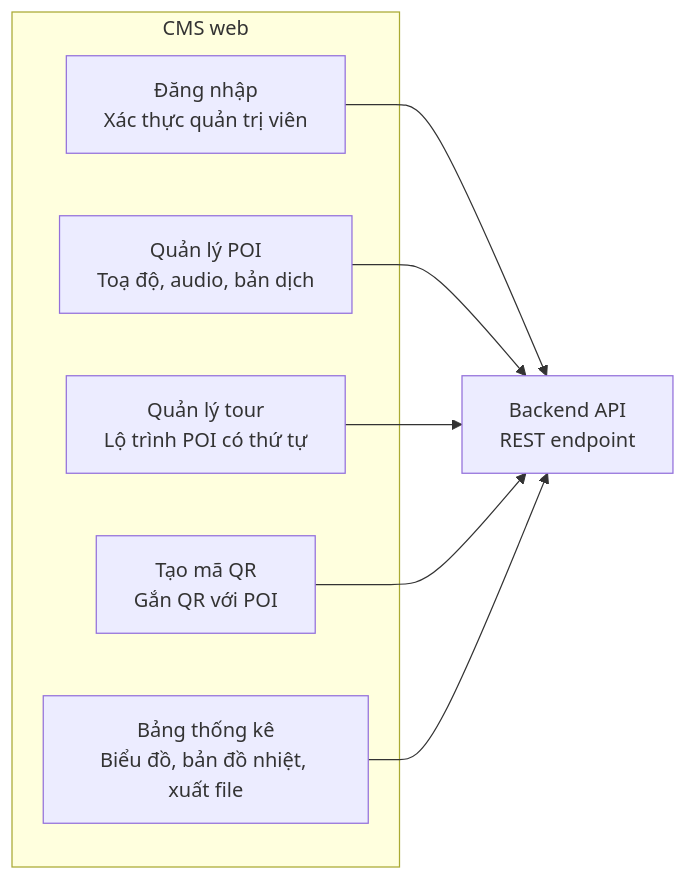
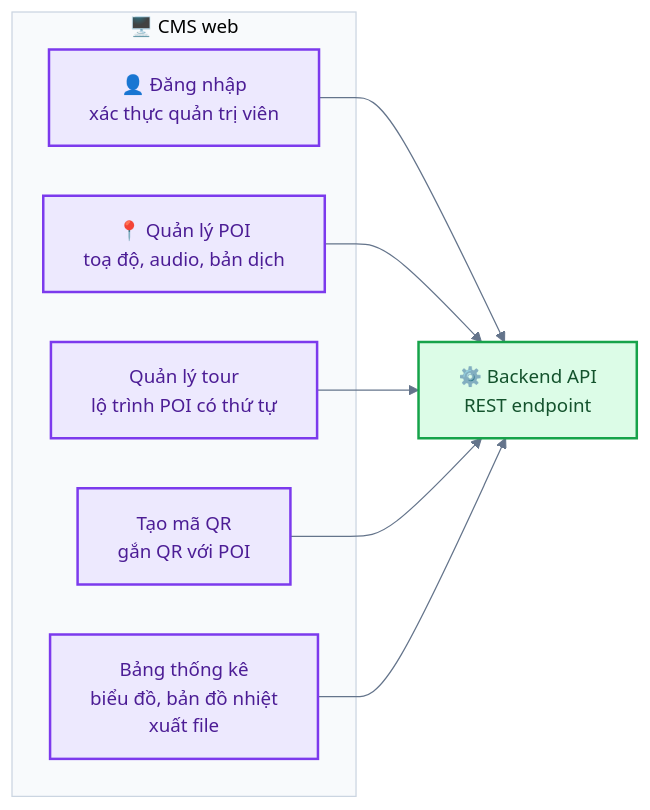
One commit to AiraLeFatale/CongNghePhanMem_Project changed the seventh of 9 diagrams in README.md. Above: the diagram before and after it, drawn with Mermaid. The commit also changed other lines of this file and 181 other files, not shown here.

````diff
--- a/README.md
+++ b/README.md
@@ -118,17 +198,21 @@
 ```mermaid
+%%{init: {"theme":"base","fontFamily":"Helvetica Neue, Arial, sans-serif","themeVariables":{"fontFamily":"Helvetica Neue, Arial, sans-serif","fontSize":"15px","primaryColor":"#EFF6FF","primaryBorderColor":"#3B82F6","primaryTextColor":"#0F172A","lineColor":"#64748B","secondaryColor":"#F0FDF4","tertiaryColor":"#FFFFFF","clusterBkg":"#F8FAFC","clusterBorder":"#CBD5E1","edgeLabelBackground":"#FFFFFF","noteBkgColor":"#FEF9C3","noteBorderColor":"#EAB308","actorBkg":"#DBEAFE","actorBorder":"#2563EB","actorTextColor":"#1E3A8A","signalColor":"#475569","signalTextColor":"#0F172A","labelBoxBkgColor":"#F1F5F9","labelBoxBorderColor":"#94A3B8","activationBkgColor":"#E0F2FE","activationBorderColor":"#0284C7","sequenceNumberColor":"#FFFFFF","pie1":"#16A34A","pie2":"#F59E0B","pie3":"#94A3B8","pie4":"#DC2626","pie5":"#2563EB","pie6":"#7C3AED","pieStrokeColor":"#FFFFFF","pieSectionTextColor":"#FFFFFF","quadrant1Fill":"#FEE2E2","quadrant2Fill":"#FEF3C7","quadrant3Fill":"#DCFCE7","quadrant4Fill":"#FEF3C7","quadrantPointFill":"#1E3A8A","quadrantPointTextFill":"#0F172A","git0":"#1E3A8A","gitBranchLabel0":"#FFFFFF","cScale0":"#DBEAFE","cScale1":"#DCFCE7","cScale2":"#EDE9FE","cScale3":"#FEF3C7","cScale4":"#FFE4E6","cScale5":"#E0F2FE","cScale6":"#F1F5F9"},"flowchart":{"curve":"basis","padding":16,"nodeSpacing":40,"rankSpacing":50},"sequence":{"showSequenceNumbers":true,"mirrorActors":false}}}%%
 flowchart LR
-    subgraph CMS["CMS web"]
-        LOGIN["Đăng nhập<br/>Xác thực quản trị viên"]
-        POI["Quản lý POI<br/>Toạ độ, audio, bản dịch"]
-        TOUR["Quản lý tour<br/>Lộ trình POI có thứ tự"]
-        QRGEN["Tạo mã QR<br/>Gắn QR với POI"]
-        DASH["Bảng thống kê<br/>Biểu đồ, bản đồ nhiệt, xuất file"]
+    subgraph CMS["🖥️ CMS web"]
+        LOGIN["👤 Đăng nhập<br/>xác thực quản trị viên"]:::cms
+        POI["📍 Quản lý POI<br/>toạ độ, audio, bản dịch"]:::cms
+        TOUR["Quản lý tour<br/>lộ trình POI có thứ tự"]:::cms
+        QRGEN["Tạo mã QR<br/>gắn QR với POI"]:::cms
+        DASH["Bảng thống kê<br/>biểu đồ, bản đồ nhiệt<br/>xuất file"]:::cms
     end
-    API["Backend API<br/>REST endpoint"]
+    API["⚙️ Backend API<br/>REST endpoint"]:::backend
 
     LOGIN --> API
     POI --> API
     TOUR --> API
     QRGEN --> API
     DASH --> API
+    style CMS fill:#F8FAFC,stroke:#CBD5E1
+    classDef cms fill:#EDE9FE,stroke:#7C3AED,stroke-width:2px,color:#4C1D95
+    classDef backend fill:#DCFCE7,stroke:#16A34A,stroke-width:2px,color:#14532D
 ```
````
